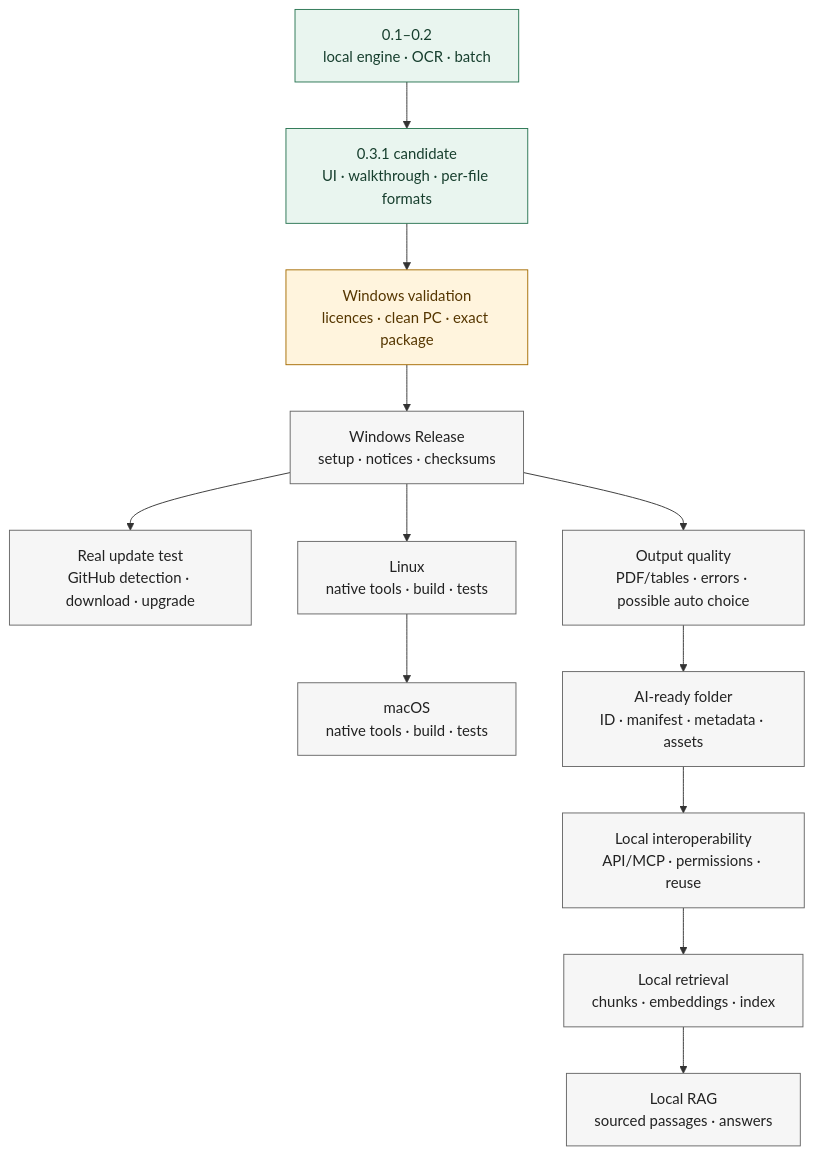
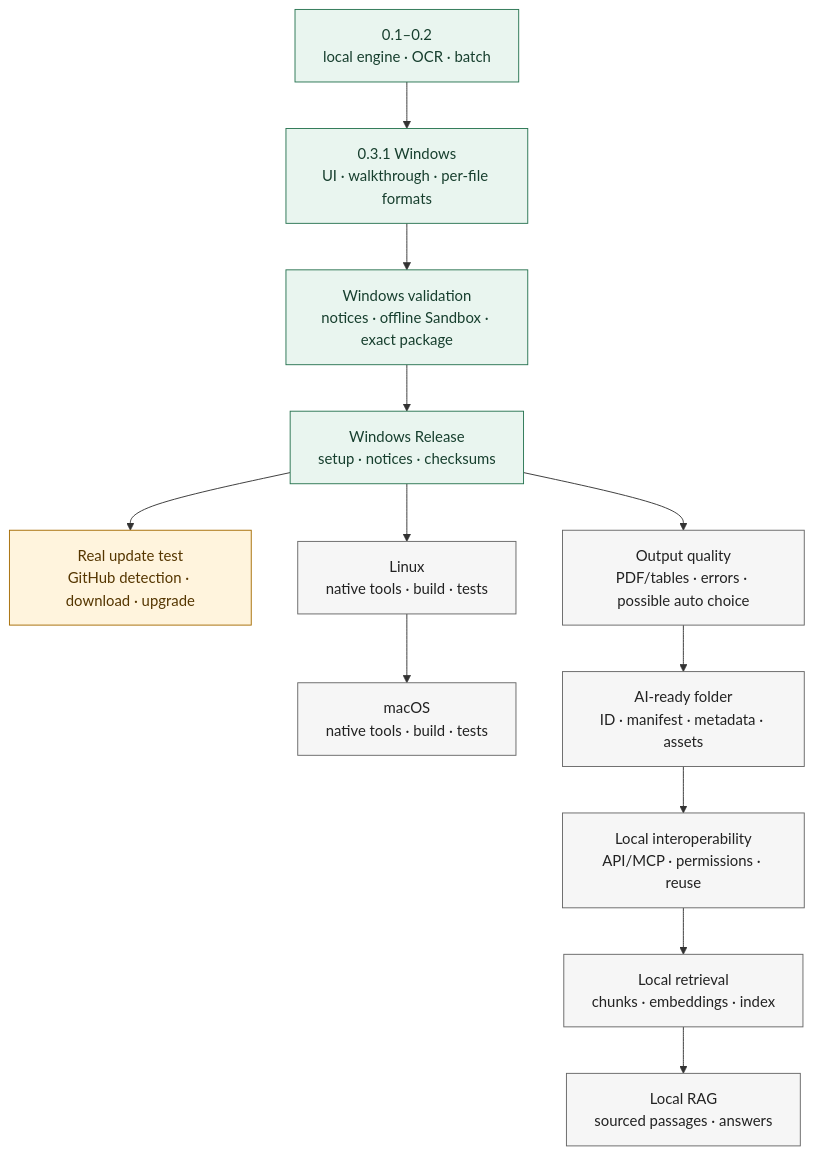
One commit to ergocogn/local-ai-ready-converter-releases changed the diagram in docs/ROADMAP.en.md. Above: the diagram before and after it, drawn with Mermaid. The commit also changed other lines of this file and 13 other files, not shown here.

````diff
--- a/docs/ROADMAP.en.md
+++ b/docs/ROADMAP.en.md
@@ -7,20 +7,20 @@
 ```mermaid
 flowchart TB
-  A["0.1–0.2<br/>local engine · OCR · batch"] --> B["0.3.1 candidate<br/>UI · walkthrough · per-file formats"]
-  B --> C["Windows validation<br/>licences · clean PC · exact package"]
+  A["0.1–0.2<br/>local engine · OCR · batch"] --> B["0.3.1 Windows<br/>UI · walkthrough · per-file formats"]
+  B --> C["Windows validation<br/>notices · offline Sandbox · exact package"]
   C --> D["Windows Release<br/>setup · notices · checksums"]
   D --> U["Real update test<br/>GitHub detection · download · upgrade"]
 
   D --> L["Linux<br/>native tools · build · tests"] --> M["macOS<br/>native tools · build · tests"]
   D --> Q["Output quality<br/>PDF/tables · errors · possible auto choice"]
   Q --> F["AI-ready folder<br/>ID · manifest · metadata · assets"]
   F --> P["Local interoperability<br/>API/MCP · permissions · reuse"]
   P --> K["Local retrieval<br/>chunks · embeddings · index"] --> R["Local RAG<br/>sourced passages · answers"]
 
   classDef done fill:#e9f5ef,stroke:#287451,color:#173f2e
   classDef active fill:#fff4dd,stroke:#a56b00,color:#553600
   classDef future fill:#f6f6f6,stroke:#666,color:#222
-  class A,B done
-  class C active
-  class D,U,L,M,Q,F,P,K,R future
+  class A,B,C,D done
+  class U active
+  class L,M,Q,F,P,K,R future
 ```
````
